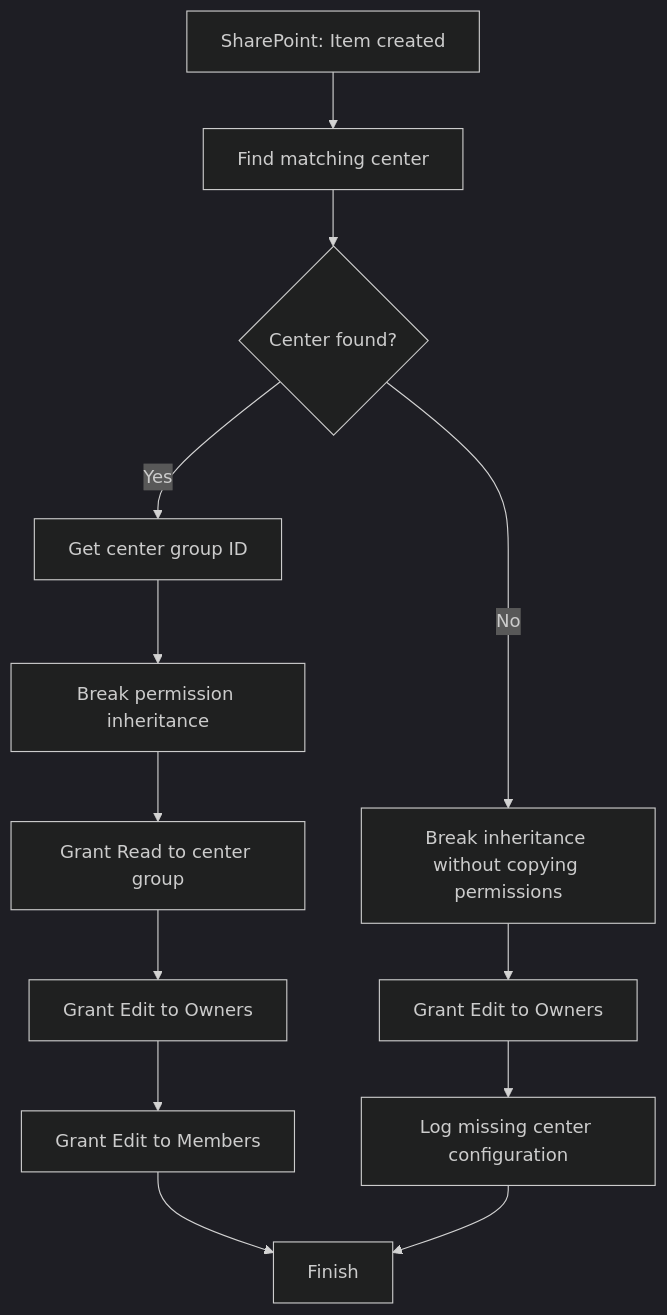
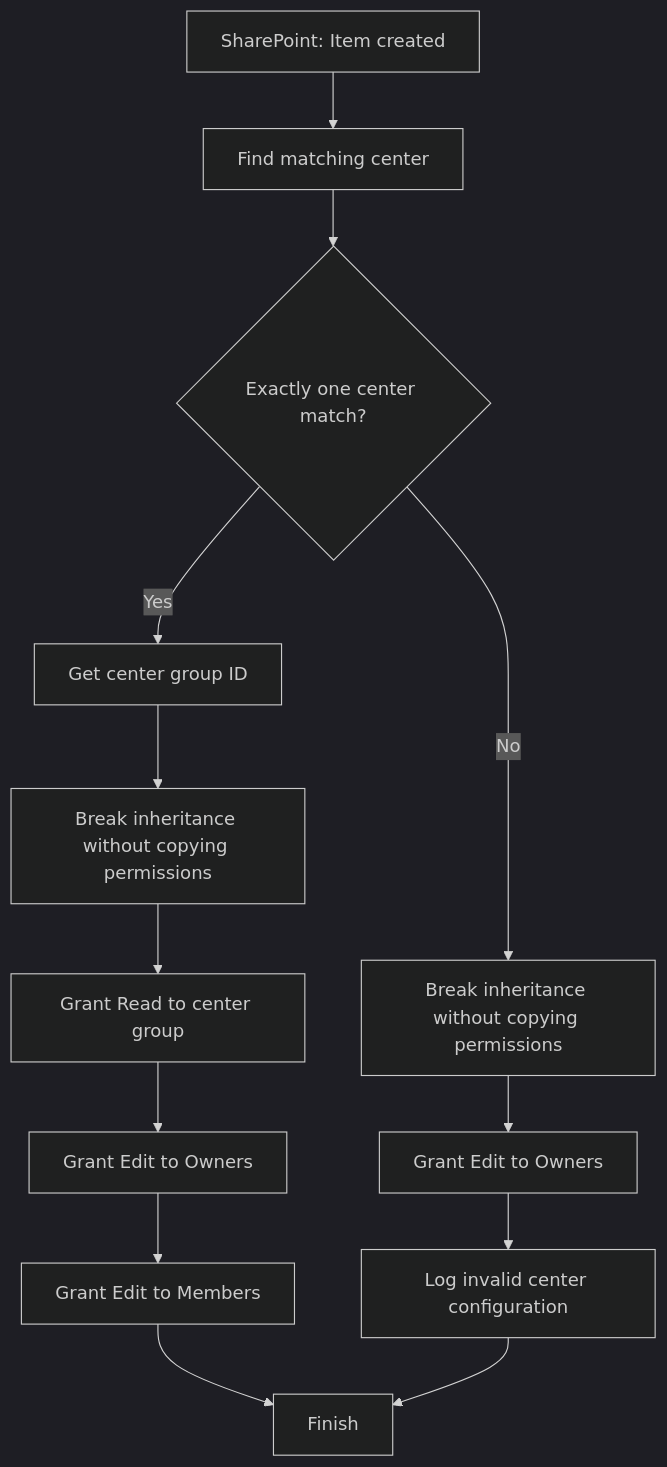
Before and after one commit to smartinmunoz/power-platform-portfolio: the diagram in Power-Automate/SharePoint-Excel-Automation/flows/FL05-demo/README.md, drawn with Mermaid (dark theme). The commit also changed other lines of this file, not shown here.

First line of the commit message:
docs: finalize FL05 permission validation documentation

````diff
--- a/Power-Automate/SharePoint-Excel-Automation/flows/FL05-demo/README.md
+++ b/Power-Automate/SharePoint-Excel-Automation/flows/FL05-demo/README.md
@@ -14,17 +16,17 @@
 ```mermaid
 flowchart TD
     A["SharePoint: Item created"] --> B["Find matching center"]
-    B --> C{"Center found?"}
+    B --> C{"Exactly one center match?"}
 
     C -->|Yes| D["Get center group ID"]
-    D --> E["Break permission inheritance"]
+    D --> E["Break inheritance without copying permissions"]
     E --> F["Grant Read to center group"]
     F --> G["Grant Edit to Owners"]
     G --> H["Grant Edit to Members"]
     H --> I["Finish"]
 
     C -->|No| J["Break inheritance without copying permissions"]
     J --> K["Grant Edit to Owners"]
-    K --> L["Log missing center configuration"]
+    K --> L["Log invalid center configuration"]
     L --> I
 ```
````
